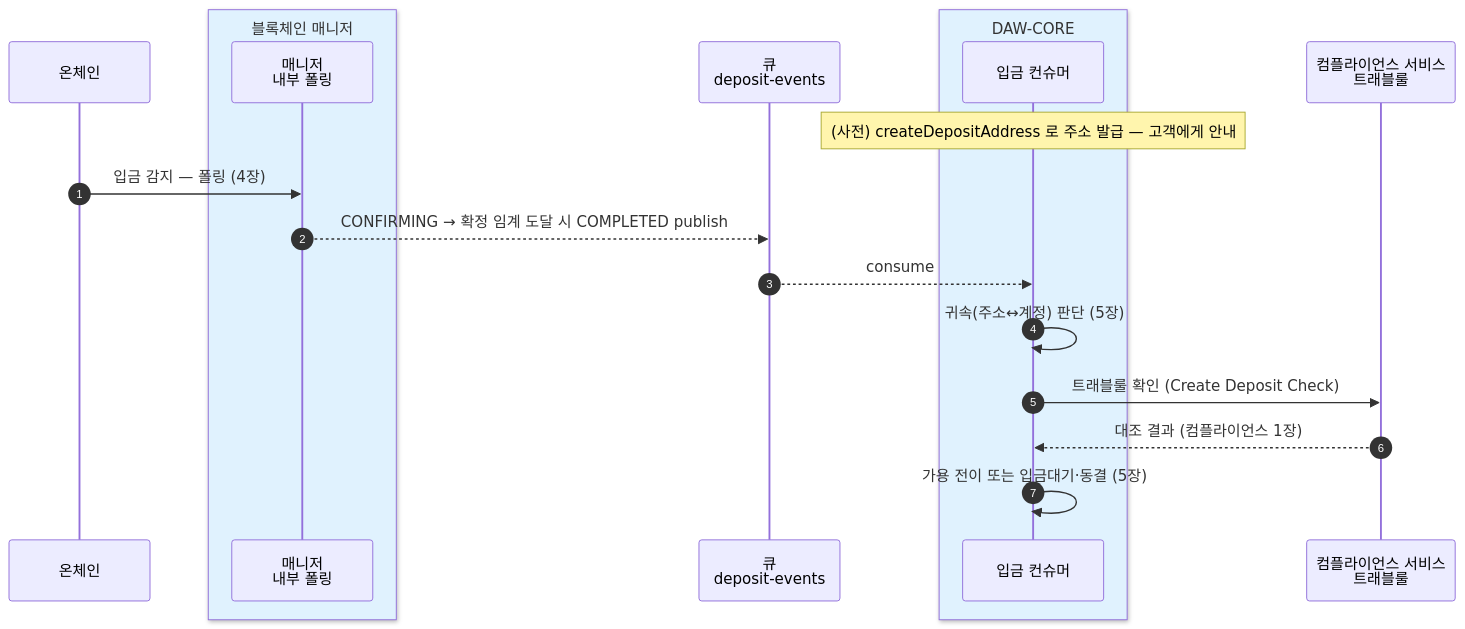
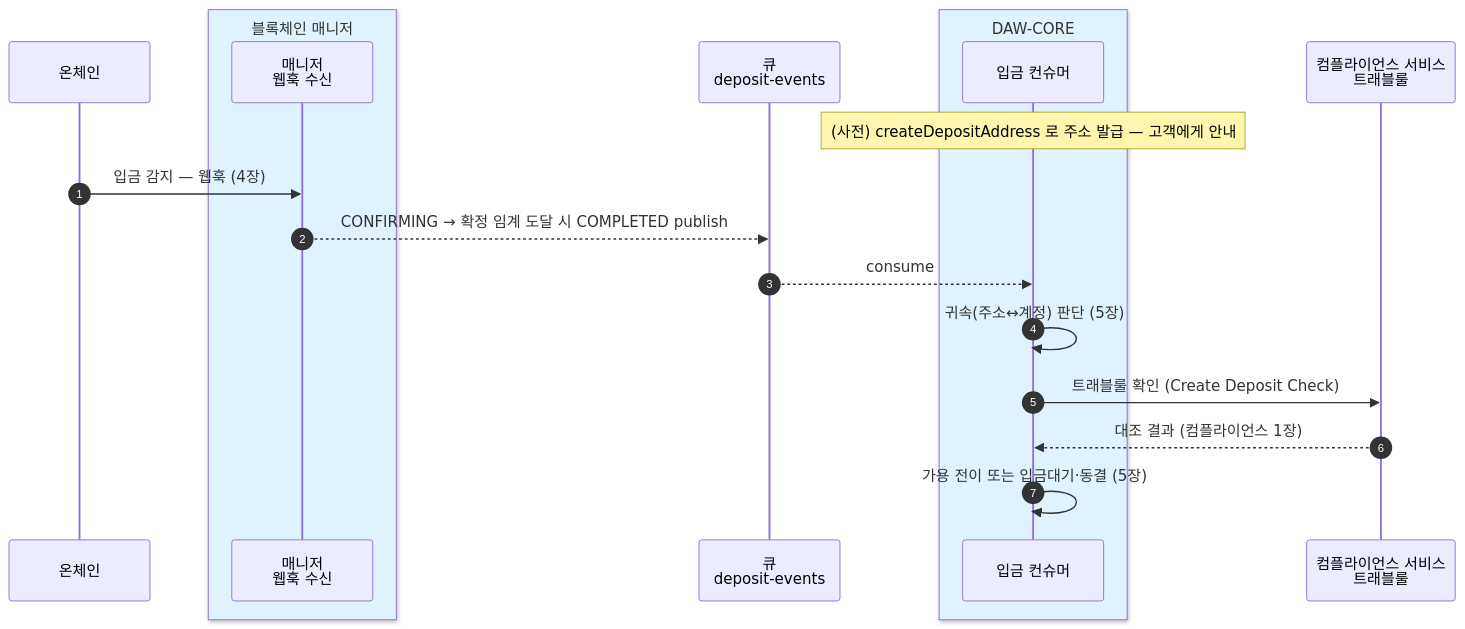
One commit to eunsujeo/eunpus changed the second of 2 diagrams in blockchain-manager/docs/블록체인매니저/설계/16-interface.md. Above: the diagram before and after it, drawn with Mermaid. The commit also changed other lines of this file and 31 other files, not shown here.

````diff
--- a/blockchain-manager/docs/블록체인매니저/설계/16-interface.md
+++ b/blockchain-manager/docs/블록체인매니저/설계/16-interface.md
@@ -103,22 +103,22 @@
 ```mermaid
 sequenceDiagram
     autonumber
     participant CH as 온체인
     box rgb(224,242,254) 블록체인 매니저
-    participant BM as 매니저<br/>내부 폴링
+    participant BM as 매니저<br/>웹훅 수신
     end
     participant MQ as 큐<br/>deposit-events
     box rgb(224,242,254) DAW-CORE
     participant BE as 입금 컨슈머
     end
     participant CP as 컴플라이언스 서비스<br/>트래블룰
 
     Note over BE: (사전) createDepositAddress 로 주소 발급 — 고객에게 안내
-    CH->>BM: 입금 감지 — 폴링 (4장)
+    CH->>BM: 입금 감지 — 웹훅 (4장)
     BM-->>MQ: CONFIRMING → 확정 임계 도달 시 COMPLETED publish
     MQ-->>BE: consume
     BE->>BE: 귀속(주소↔계정) 판단 (5장)
     BE->>CP: 트래블룰 확인 (Create Deposit Check)
     CP-->>BE: 대조 결과 (컴플라이언스 1장)
     BE->>BE: 가용 전이 또는 입금대기·동결 (5장)
 ```
````
